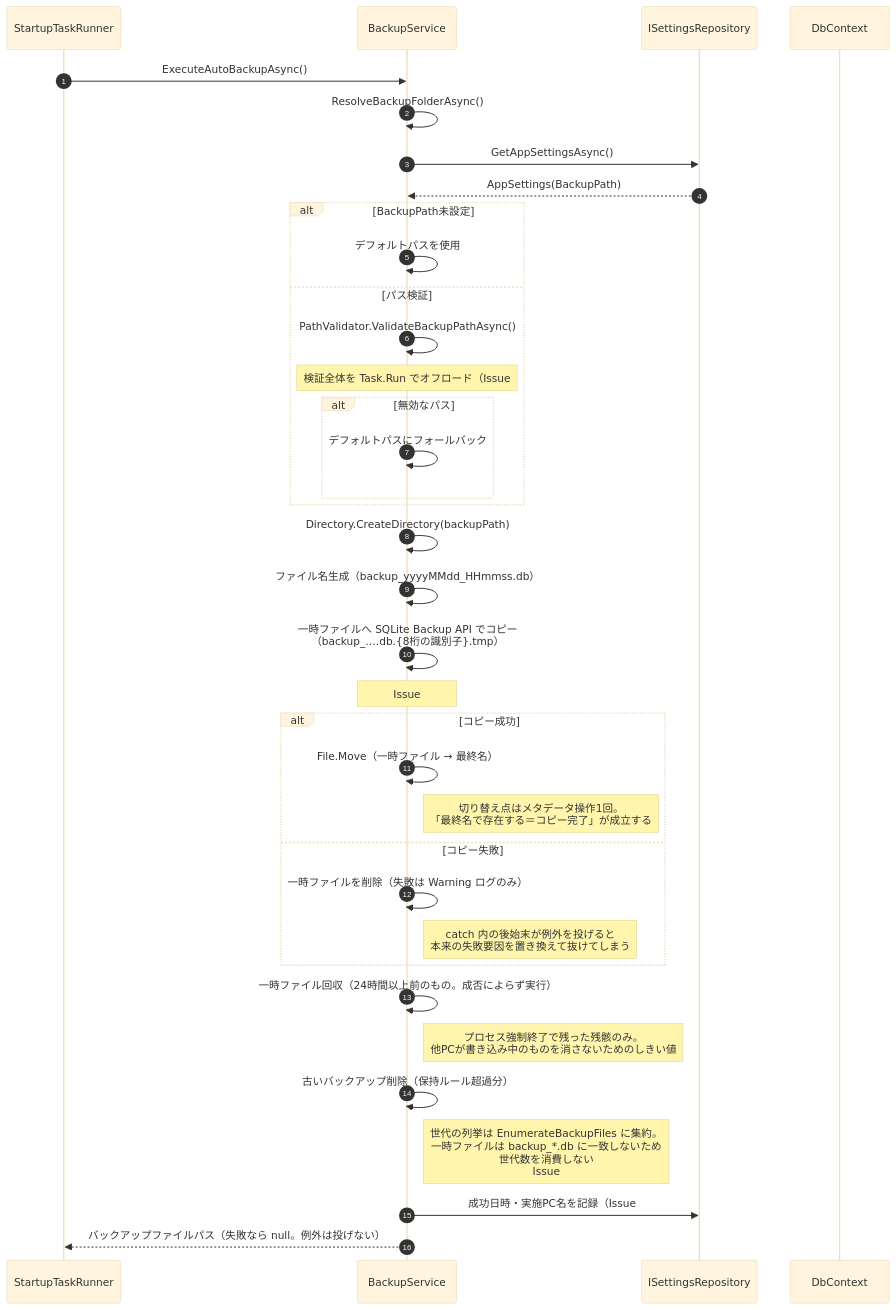
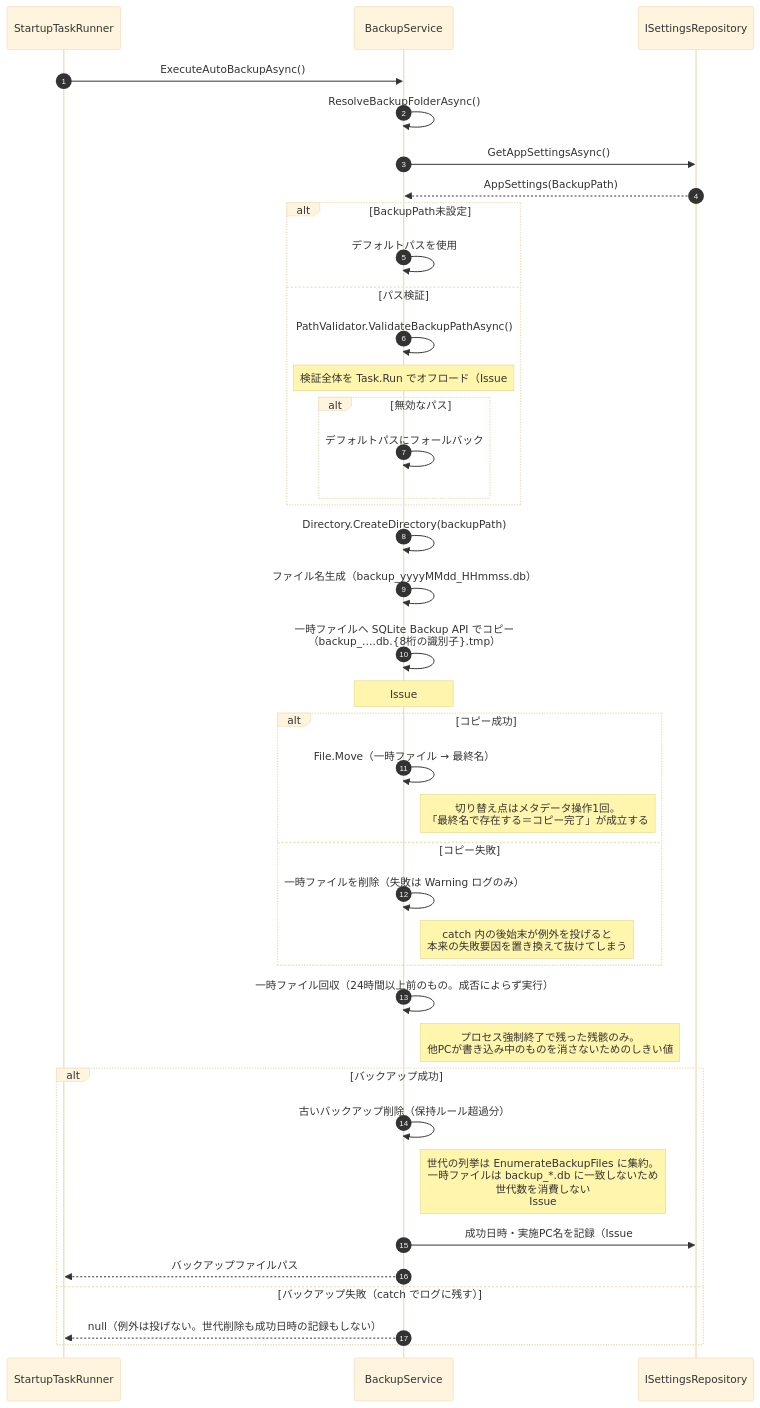
One commit to kuwayamamasayuki/ICCardManager changed diagram 12 of 17 in ICCardManager/docs/design/06_シーケンス図.md. Above: the diagram before and after it, drawn with Mermaid (base theme). The commit also changed other lines of this file and 1 other file, not shown here.

First line of the commit message:
docs: シーケンス図のレビュー指摘 3 回目を反映した（#2310）

````diff
--- a/ICCardManager/docs/design/06_シーケンス図.md
+++ b/ICCardManager/docs/design/06_シーケンス図.md
@@ -832,45 +847,48 @@
 ```mermaid
 sequenceDiagram
     autonumber
     participant STR as StartupTaskRunner
     participant BS as BackupService
     participant SR as ISettingsRepository
-    participant DB as DbContext
 
     STR->>BS: ExecuteAutoBackupAsync()
 
     BS->>BS: ResolveBackupFolderAsync()
     BS->>SR: GetAppSettingsAsync()
     SR-->>BS: AppSettings(BackupPath)
     alt BackupPath未設定
         BS->>BS: デフォルトパスを使用
     else パス検証
         BS->>BS: PathValidator.ValidateBackupPathAsync()
         Note over BS: 検証全体を Task.Run でオフロード（Issue #1746）。<br/>同期版は UNC 到達性チェック（最大5秒）が<br/>UI スレッドをブロックするため使わない
         alt 無効なパス
             BS->>BS: デフォルトパスにフォールバック
         end
     end
 
     BS->>BS: Directory.CreateDirectory(backupPath)
     BS->>BS: ファイル名生成（backup_yyyyMMdd_HHmmss.db）
 
     BS->>BS: 一時ファイルへ SQLite Backup API でコピー<br/>（backup_….db.{8桁の識別子}.tmp）
     Note over BS: Issue #1748: 最終名へ直接書くと、コピー途中で失敗した<br/>「マジックヘッダだけ揃った切り詰めファイル」が<br/>有効な世代として残る。ランダムな識別子は共有モードで<br/>複数台が同一の一時ファイルを開くのを防ぐ
 
     alt コピー成功
         BS->>BS: File.Move（一時ファイル → 最終名）
         Note right of BS: 切り替え点はメタデータ操作1回。<br/>「最終名で存在する＝コピー完了」が成立する
     else コピー失敗
         BS->>BS: 一時ファイルを削除（失敗は Warning ログのみ）
         Note right of BS: catch 内の後始末が例外を投げると<br/>本来の失敗要因を置き換えて抜けてしまう
     end
 
     BS->>BS: 一時ファイル回収（24時間以上前のもの。成否によらず実行）
     Note right of BS: プロセス強制終了で残った残骸のみ。<br/>他PCが書き込み中のものを消さないためのしきい値
-    BS->>BS: 古いバックアップ削除（保持ルール超過分）
-    Note right of BS: 世代の列挙は EnumerateBackupFiles に集約。<br/>一時ファイルは backup_*.db に一致しないため<br/>世代数を消費しない<br/>Issue #1813: 保持は「ファイル数」ではなく<br/>自動＝直近30日分（各日1世代）／<br/>手動・リストア前＝最新10件。<br/>削除の失敗はバックアップの失敗に混ぜない
-    BS->>SR: 成功日時・実施PC名を記録（Issue #1689）
 
-    BS-->>STR: バックアップファイルパス（失敗なら null。例外は投げない）
+    alt バックアップ成功
+        BS->>BS: 古いバックアップ削除（保持ルール超過分）
+        Note right of BS: 世代の列挙は EnumerateBackupFiles に集約。<br/>一時ファイルは backup_*.db に一致しないため<br/>世代数を消費しない<br/>Issue #1813: 保持は「ファイル数」ではなく<br/>自動＝直近30日分（各日1世代）／<br/>手動・リストア前＝最新10件。<br/>削除の失敗はバックアップの失敗に混ぜない
+        BS->>SR: 成功日時・実施PC名を記録（Issue #1689）
+        BS-->>STR: バックアップファイルパス
+    else バックアップ失敗（catch でログに残す）
+        BS-->>STR: null（例外は投げない。世代削除も成功日時の記録もしない）
+    end
 ```
````
